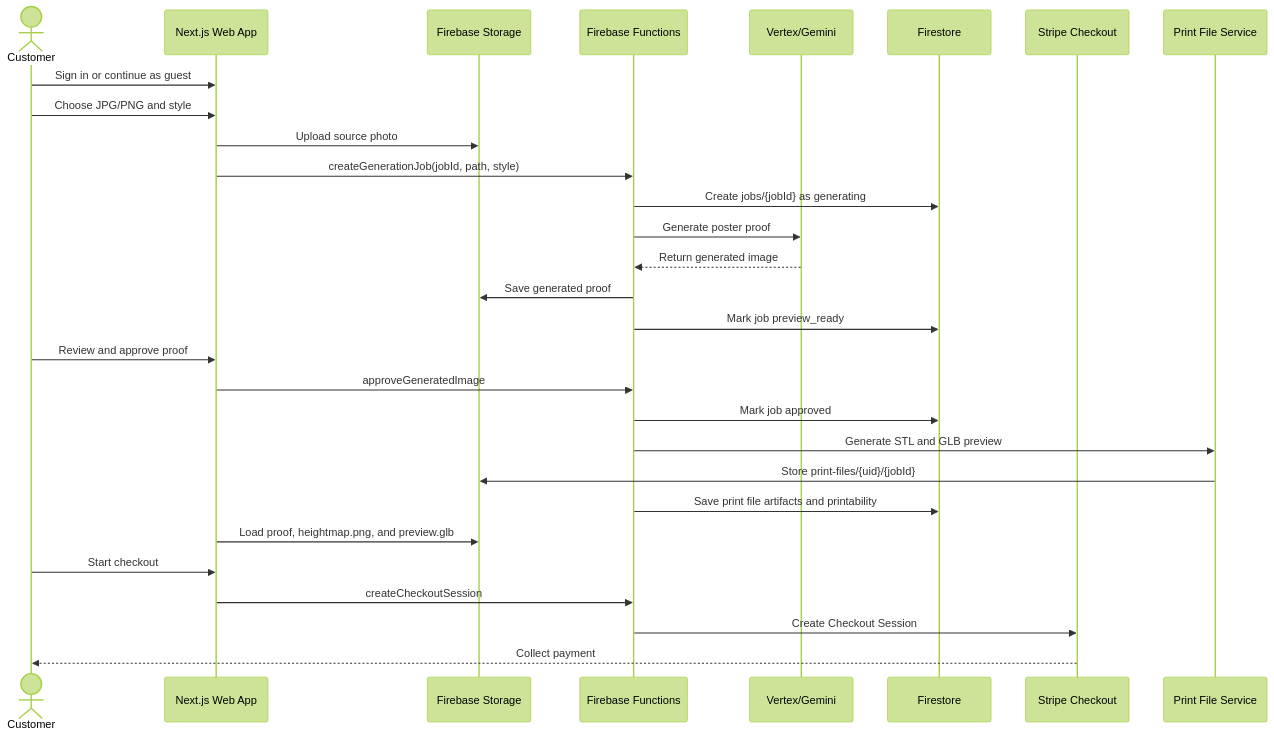
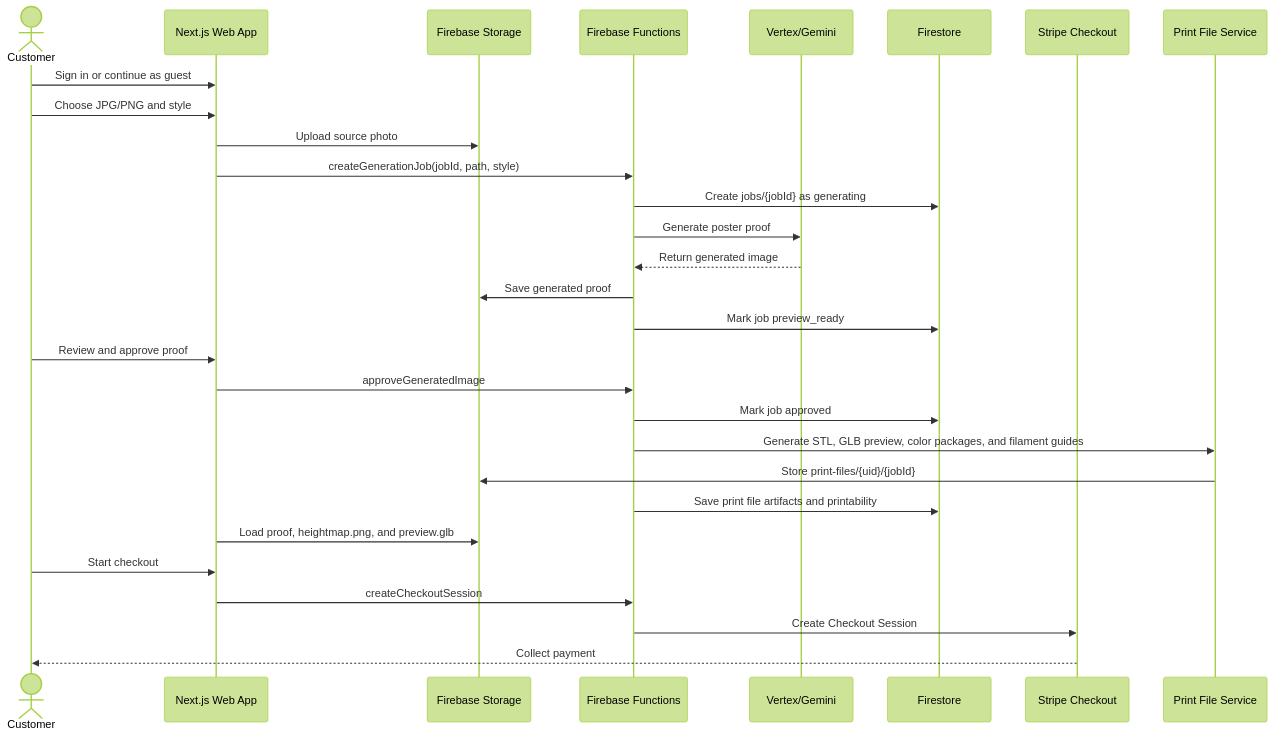
One commit to KielRN/3dprintposters changed the second of 3 diagrams in README.md. Above: the diagram before and after it, drawn with Mermaid (forest theme). The commit also changed other lines of this file and 15 other files, not shown here.

````diff
--- a/README.md
+++ b/README.md
@@ -71,32 +71,32 @@
 ```mermaid
 sequenceDiagram
   actor Customer
   participant Web as Next.js Web App
   participant Storage as Firebase Storage
   participant Fn as Firebase Functions
   participant AI as Vertex/Gemini
   participant DB as Firestore
   participant Stripe as Stripe Checkout
   participant Print as Print File Service
 
   Customer->>Web: Sign in or continue as guest
   Customer->>Web: Choose JPG/PNG and style
   Web->>Storage: Upload source photo
   Web->>Fn: createGenerationJob(jobId, path, style)
   Fn->>DB: Create jobs/{jobId} as generating
   Fn->>AI: Generate poster proof
   AI-->>Fn: Return generated image
   Fn->>Storage: Save generated proof
   Fn->>DB: Mark job preview_ready
   Customer->>Web: Review and approve proof
   Web->>Fn: approveGeneratedImage
   Fn->>DB: Mark job approved
-  Fn->>Print: Generate STL and GLB preview
+  Fn->>Print: Generate STL, GLB preview, color packages, and filament guides
   Print->>Storage: Store print-files/{uid}/{jobId}
   Fn->>DB: Save print file artifacts and printability
   Web->>Storage: Load proof, heightmap.png, and preview.glb
   Customer->>Web: Start checkout
   Web->>Fn: createCheckoutSession
   Fn->>Stripe: Create Checkout Session
   Stripe-->>Customer: Collect payment
 ```
````
